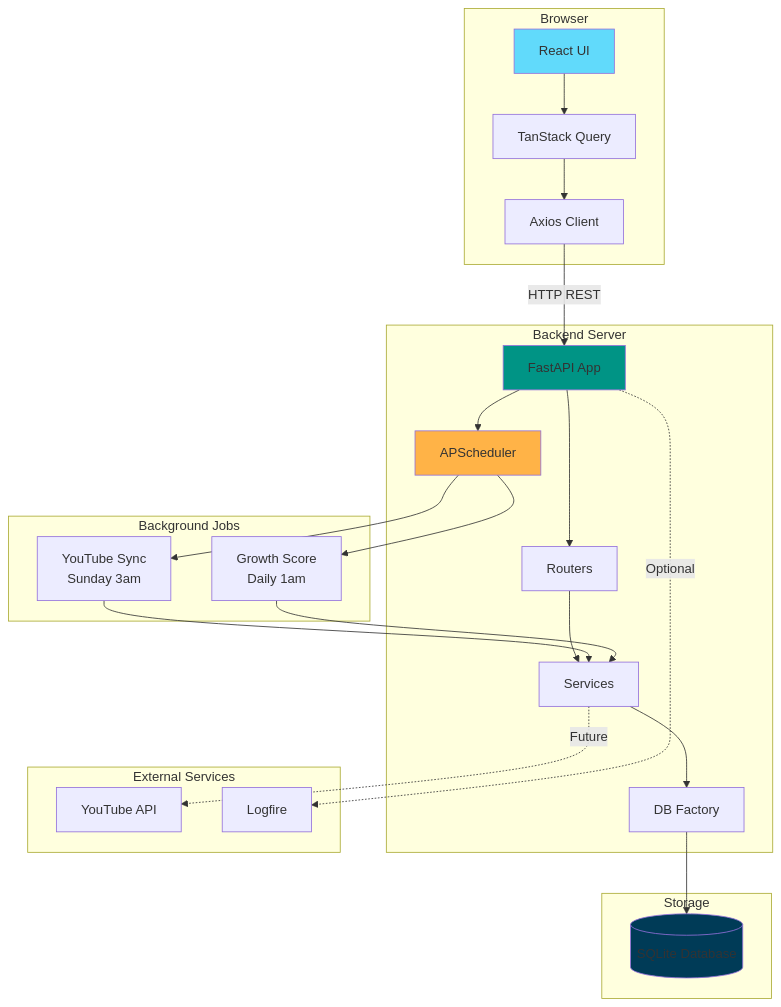
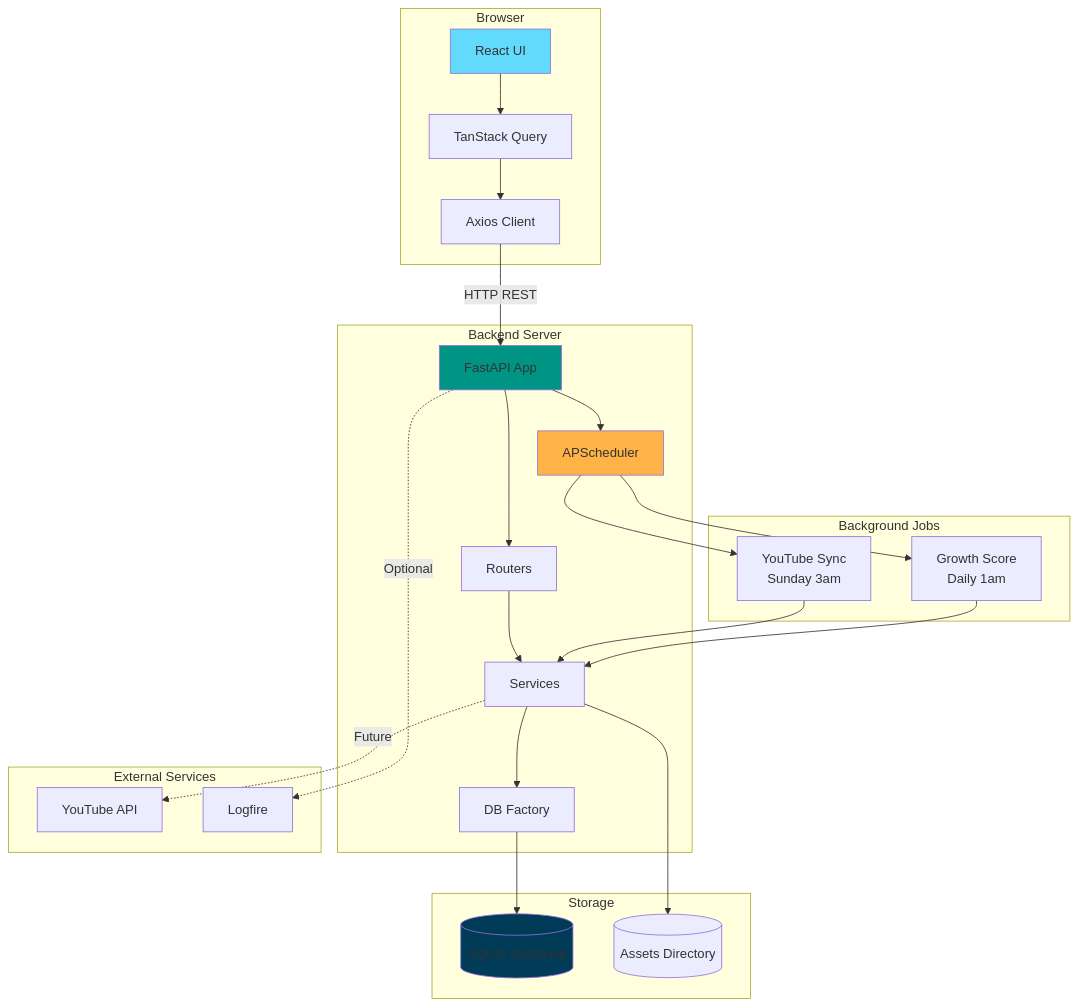
One commit to DiogoNeves/Storyloop changed the first of 4 diagrams in thinking/system-diagram.md. Above: the diagram before and after it, drawn with Mermaid. The commit also changed other lines of this file and 4 other files, not shown here.

````diff
--- a/thinking/system-diagram.md
+++ b/thinking/system-diagram.md
@@ -5,52 +5,54 @@
 ```mermaid
 graph TB
     subgraph "Browser"
         UI[React UI]
         Query[TanStack Query]
         API_Client[Axios Client]
     end
 
     subgraph "Backend Server"
         FastAPI[FastAPI App]
         Router[Routers]
         Service[Services]
         DB_Factory[DB Factory]
         Scheduler[APScheduler]
     end
 
     subgraph "Background Jobs"
         YT_Job[YouTube Sync<br/>Sunday 3am]
         GS_Job[Growth Score<br/>Daily 1am]
     end
 
     subgraph "External Services"
         YT_API[YouTube API]
         Logfire[Logfire]
     end
 
     subgraph "Storage"
         SQLite[(SQLite Database)]
+        AssetsDir[(Assets Directory)]
     end
 
     UI --> Query
     Query --> API_Client
     API_Client -->|HTTP REST| FastAPI
     FastAPI --> Router
     Router --> Service
     Service --> DB_Factory
     DB_Factory --> SQLite
+    Service --> AssetsDir
 
     FastAPI --> Scheduler
     Scheduler --> YT_Job
     Scheduler --> GS_Job
     YT_Job --> Service
     GS_Job --> Service
 
     Service -.->|Future| YT_API
     FastAPI -.->|Optional| Logfire
 
     style UI fill:#61dafb
     style FastAPI fill:#009485
     style SQLite fill:#003B57
     style Scheduler fill:#FFB347
 ```
````
